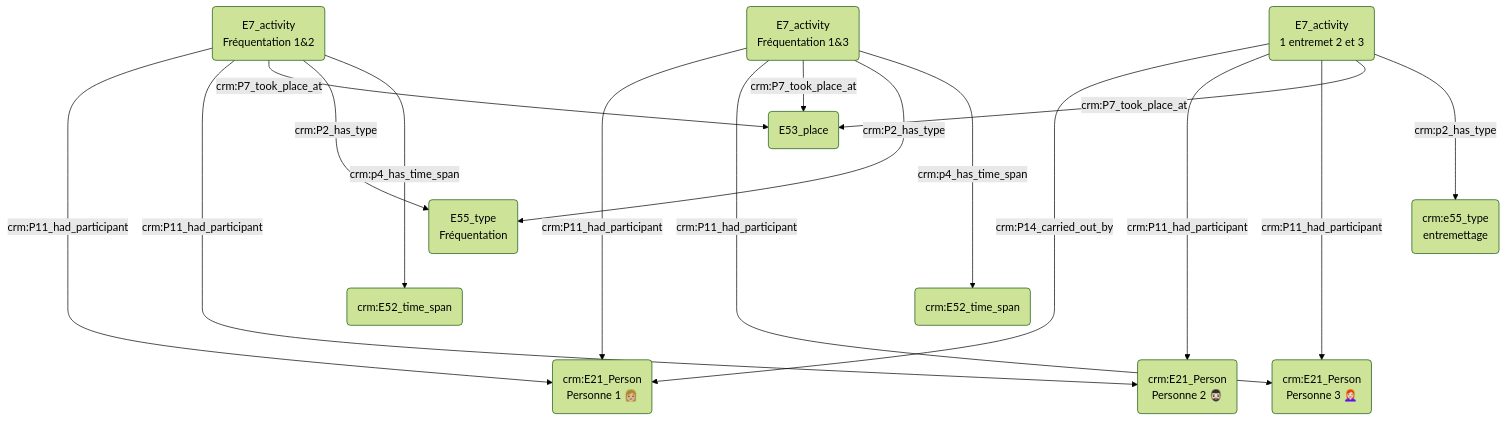
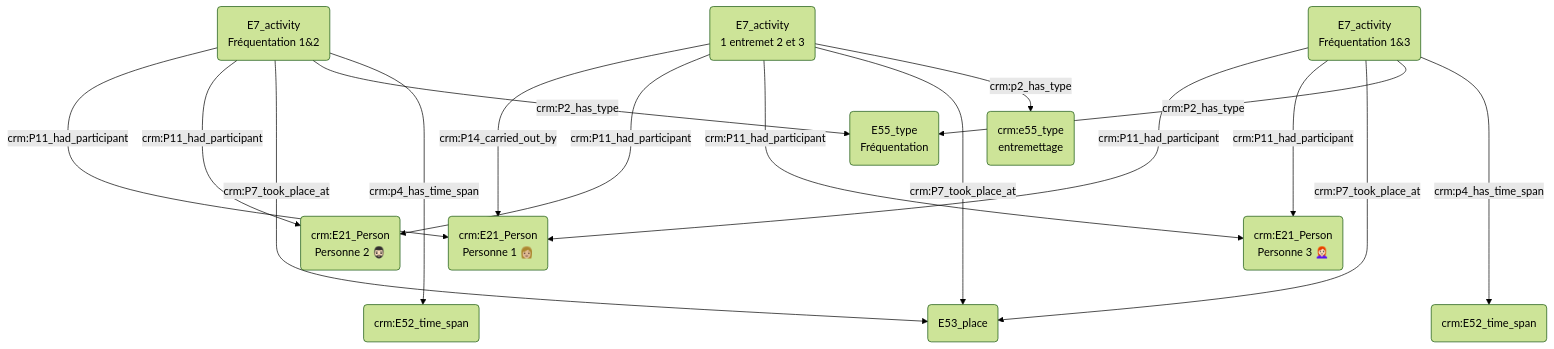
Before and after one commit to Amleth/consortium-musica2-gt2-ontologies: the diagram in modules/livrables/Dossier 2/Prosopographie/rencontre de quelqu'un par le biais d'une tierce personne au sein d'un même lieu.md, drawn with Mermaid (forest theme).

Commit message:
Update rencontre de quelqu'un par le biais d'une tierce personne au sein d'un même lieu.md

````diff
--- a/modules/livrables/Dossier 2/Prosopographie/rencontre de quelqu'un par le biais d'une tierce personne au sein d'un même lieu.md
+++ b/modules/livrables/Dossier 2/Prosopographie/rencontre de quelqu'un par le biais d'une tierce personne au sein d'un même lieu.md
@@ -13,27 +13,25 @@
 ```mermaid
 graph TD;
 
+B(E7_activity<br>Fréquentation 1&2) --->|crm:P11_had_participant| A("crm:E21_Person<br>Personne 1 👩🏼")
+D(E7_activity<br>Fréquentation 1&3) --->|crm:P11_had_participant| A("crm:E21_Person<br>Personne 1 👩🏼")
+O(E7_activity<br>1 entremet 2 et 3) --->|crm:P14_carried_out_by| A("crm:E21_Person<br>Personne 1 👩🏼")
+B(E7_activity<br>Fréquentation 1&2) --->|crm:P11_had_participant| C("crm:E21_Person<br>Personne 2 🧔🏻‍♂️")
+O(E7_activity<br>1 entremet 2 et 3) --->|crm:P11_had_participant| C("crm:E21_Person<br>Personne 2 🧔🏻‍♂️")
+D(E7_activity<br>Fréquentation 1&3) --->|crm:P11_had_participant| E("crm:E21_Person<br>Personne 3 👩🏻‍🦰")
+O(E7_activity<br>1 entremet 2 et 3) --->|crm:P11_had_participant| E("crm:E21_Person<br>Personne 3 👩🏻‍🦰")
 
+D(E7_activity<br>Fréquentation 1&3) ---->|crm:P7_took_place_at| M(E53_place)
+B(E7_activity<br>Fréquentation 1&2) ---->|crm:P7_took_place_at| M(E53_place)
+O(E7_activity<br>1 entremet 2 et 3) ----> |crm:P7_took_place_at| M(E53_place)
 
-B(E7_activity<br>Fréquentation 1&2) ----->|crm:P11_had_participant| A("crm:E21_Person<br>Personne 1 👩🏼")
-D(E7_activity<br>Fréquentation 1&3) ----->|crm:P11_had_participant| A("crm:E21_Person<br>Personne 1 👩🏼")
-O(E7_activity<br>1 entremet 2 et 3) ----->|crm:P14_carried_out_by| A("crm:E21_Person<br>Personne 1 👩🏼")
-B(E7_activity<br>Fréquentation 1&2) ----->|crm:P11_had_participant| C("crm:E21_Person<br>Personne 2 🧔🏻‍♂️")
-O(E7_activity<br>1 entremet 2 et 3) ----->|crm:P11_had_participant| C("crm:E21_Person<br>Personne 2 🧔🏻‍♂️")
-D(E7_activity<br>Fréquentation 1&3) ----->|crm:P11_had_participant| E("crm:E21_Person<br>Personne 3 👩🏻‍🦰")
-O(E7_activity<br>1 entremet 2 et 3) ----->|crm:P11_had_participant| E("crm:E21_Person<br>Personne 3 👩🏻‍🦰")
-
-D(E7_activity<br>Fréquentation 1&3) -->|crm:P7_took_place_at| M(E53_place)
-B(E7_activity<br>Fréquentation 1&2) -->|crm:P7_took_place_at| M(E53_place)
-O(E7_activity<br>1 entremet 2 et 3) --> |crm:P7_took_place_at| M(E53_place)
-
-B(E7_activity<br>Fréquentation 1&2) --->|crm:P2_has_type| F(E55_type<br>Fréquentation)
-D(E7_activity<br>Fréquentation 1&3) --->|crm:P2_has_type| F(E55_type<br>Fréquentation)
-O(E7_activity<br>1 entremet 2 et 3) ---> |crm:p2_has_type| P(crm:e55_type<br>entremettage)
+B(E7_activity<br>Fréquentation 1&2) -->|crm:P2_has_type| F(E55_type<br>Fréquentation)
+D(E7_activity<br>Fréquentation 1&3) -->|crm:P2_has_type| F(E55_type<br>Fréquentation)
+O(E7_activity<br>1 entremet 2 et 3) --> |crm:p2_has_type| P(crm:e55_type<br>entremettage)
 
 B(E7_activity<br>Fréquentation 1&2) ----> |crm:p4_has_time_span| I(crm:E52_time_span)
 D(E7_activity<br>Fréquentation 1&3) ----> |crm:p4_has_time_span| N(crm:E52_time_span)
 
 
 
 ```
````
